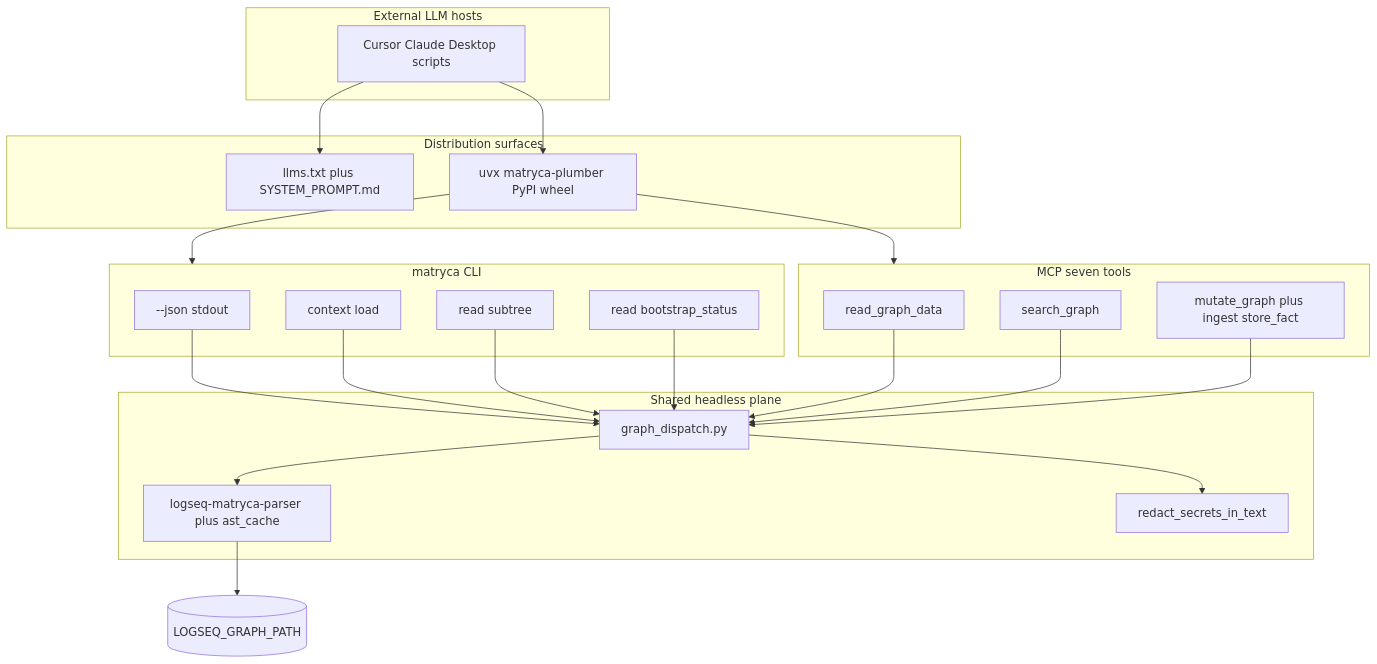
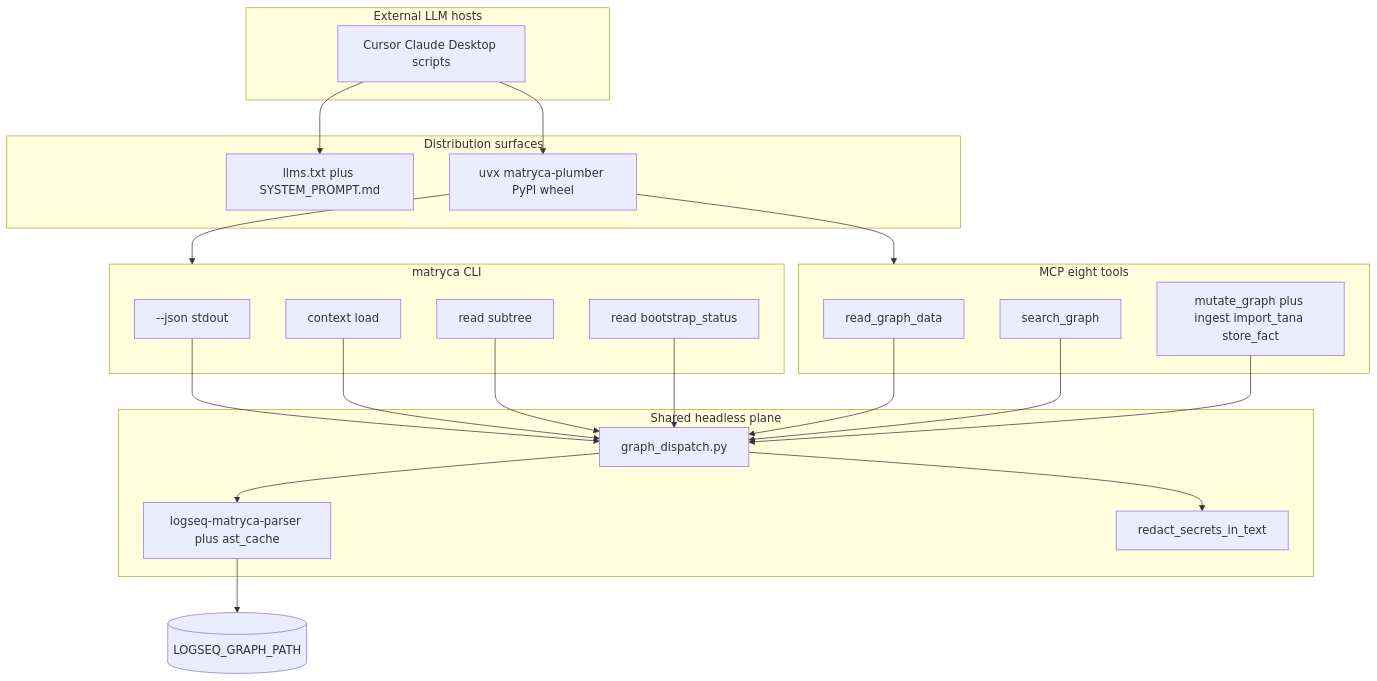
Before and after one commit to blackwolf225/matryca-plumber: diagram 13 of 15 in docs/ARCHITECTURE.md, drawn with Mermaid. The commit also changed other lines of this file and 15 other files, not shown here.

First line of the commit message:
docs(tana): harmonize import surfaces across OpenSpec and agent docs

````diff
--- a/docs/ARCHITECTURE.md
+++ b/docs/ARCHITECTURE.md
@@ -792,47 +803,47 @@
 ```mermaid
 flowchart TB
   subgraph hosts [External LLM hosts]
     Cursor[Cursor Claude Desktop scripts]
   end
 
   subgraph entry [Distribution surfaces]
     LLMS[llms.txt plus SYSTEM_PROMPT.md]
     UVX[uvx matryca-plumber PyPI wheel]
   end
 
   subgraph cli [matryca CLI]
     JSON["--json stdout"]
     CTX[context load]
     RST[read subtree]
     BootCLI[read bootstrap_status]
   end
 
-  subgraph mcp [MCP seven tools]
+  subgraph mcp [MCP eight tools]
     Read[read_graph_data]
     Search[search_graph]
-    Mutate[mutate_graph plus ingest store_fact]
+    Mutate[mutate_graph plus ingest import_tana store_fact]
   end
 
   subgraph shared [Shared headless plane]
     GD[graph_dispatch.py]
     AST[logseq-matryca-parser plus ast_cache]
     Redact[redact_secrets_in_text]
   end
 
   Vault[(LOGSEQ_GRAPH_PATH)]
 
   Cursor --> LLMS
   Cursor --> UVX
   UVX --> cli
   UVX --> mcp
   JSON --> GD
   CTX --> GD
   RST --> GD
   BootCLI --> GD
   Read --> GD
   Search --> GD
   Mutate --> GD
   GD --> AST
   GD --> Redact
   AST --> Vault
 ```
````
